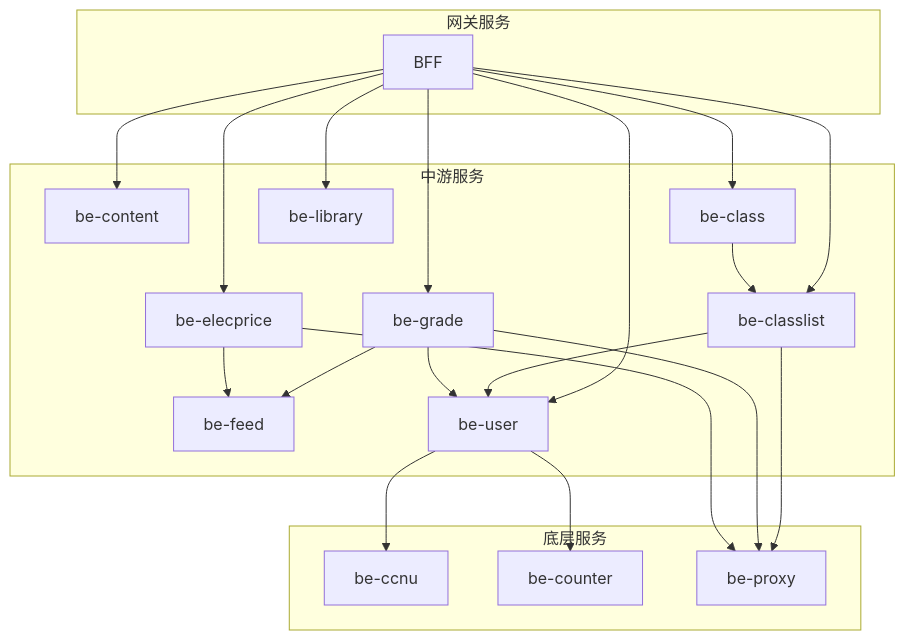
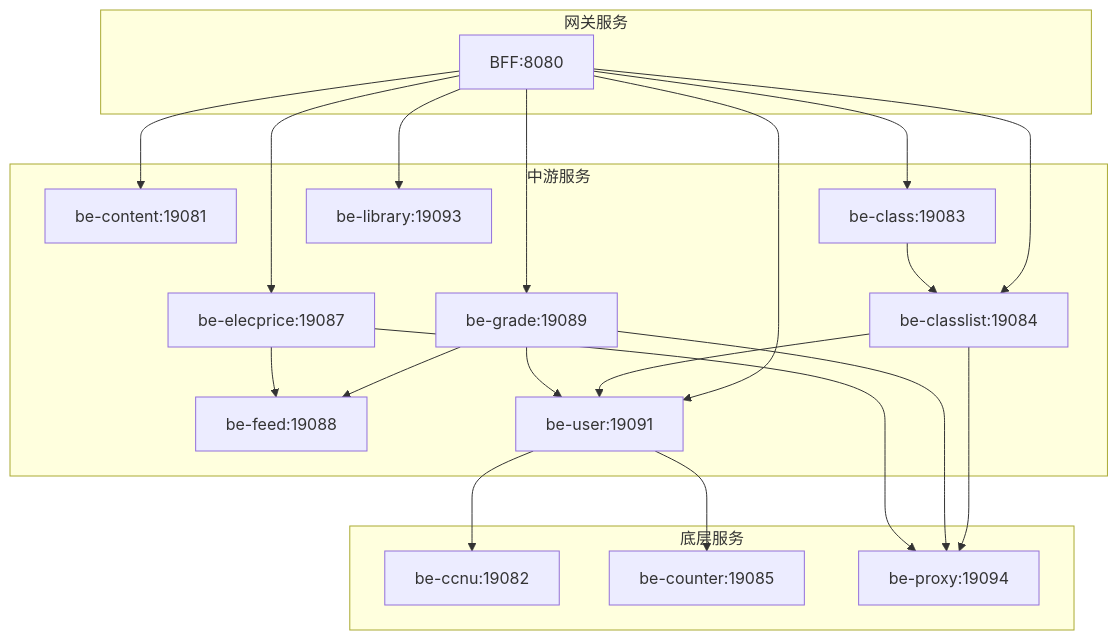
Before and after one commit to asynccnu/ccnubox-be: the diagram in README.md, drawn with Mermaid. The commit also changed other lines of this file and 14 other files, not shown here.

````diff
--- a/README.md
+++ b/README.md
@@ -54,48 +106,45 @@
 ```mermaid
 graph TD
     subgraph TopService ["网关服务"]
-        bff_node["BFF"]
+        bff_node["BFF:8080"]
     end
 
     subgraph MidService ["中游服务"]
-        be_content["be-content"]
-        be_course["be-class"]
-        be_course_list["be-classlist"]
-        be_grade["be-grade"]
-        be_elecprice["be-elecprice"]
-        be_feed["be-feed"]
-        be_user["be-user"]
-                be_library["be-library"]
+        be_content["be-content:19081"]
+        be_course["be-class:19083"]
+        be_course_list["be-classlist:19084"]
+        be_grade["be-grade:19089"]
+        be_elecprice["be-elecprice:19087"]
+        be_feed["be-feed:19088"]
+        be_user["be-user:19091"]
+        be_library["be-library:19093"]
     end
 
     subgraph BotService ["底层服务"]
-        be_ccnu["be-ccnu"]
-        be_counter["be-counter"]
-        be_proxy["be-proxy"]
+        be_ccnu["be-ccnu:19082"]
+        be_counter["be-counter:19085"]
+        be_proxy["be-proxy:19094"]
     end
 
-    %% BFF 核心调用
     bff_node --> be_content
     bff_node --> be_course
     bff_node --> be_course_list
     bff_node --> be_grade
     bff_node --> be_elecprice
     bff_node --> be_user
     bff_node --> be_library
 
-    %% 根据图片修正的内部依赖
     be_course --> be_course_list
     be_course_list --> be_user
     be_course_list --> be_proxy
-    
+
     be_grade --> be_feed
     be_grade --> be_user
     be_grade --> be_proxy
-    
+
     be_elecprice --> be_feed
     be_elecprice --> be_proxy
 
     be_user --> be_ccnu
     be_user --> be_counter
-    
 ```
````
